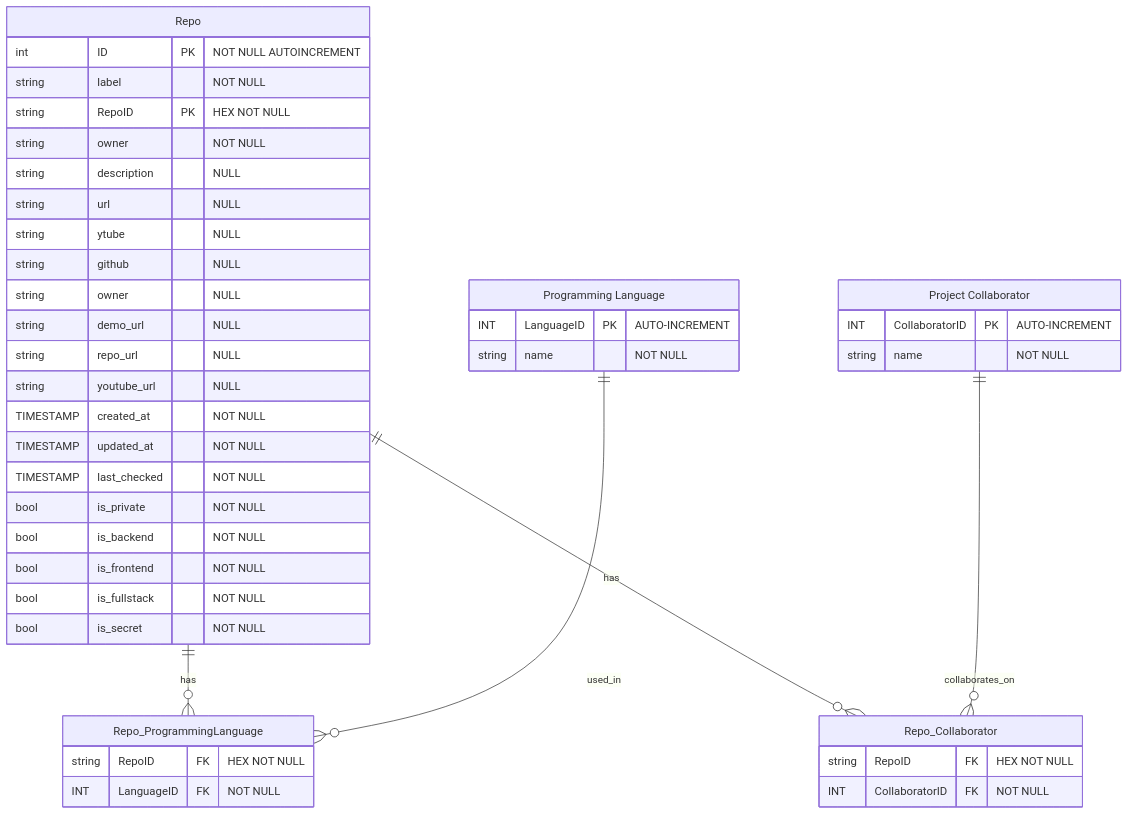
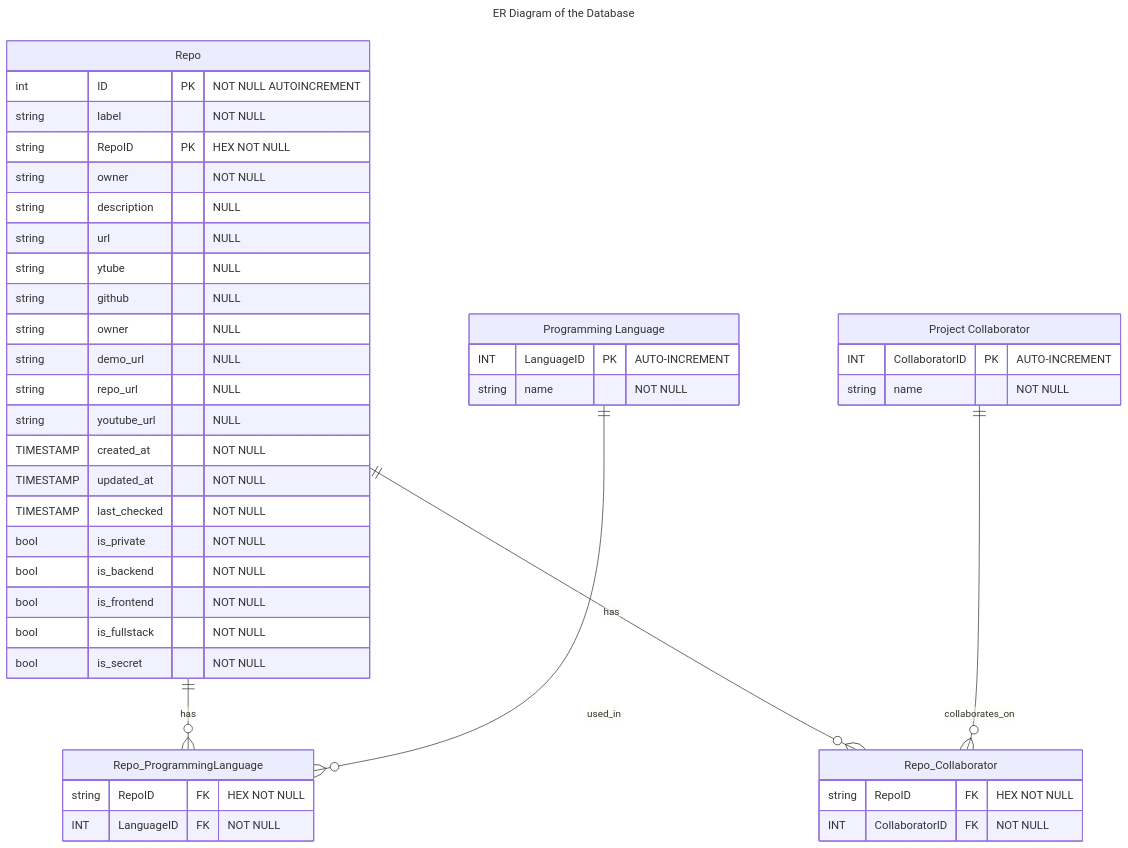
One commit to NexusWeave/webapp-Portfolio changed the diagram in backend/lib/services/github/docs/github-erDiagram.md. Above: the diagram before and after it, drawn with Mermaid. The commit also changed 1 other file, not shown here.

Commit message:
docs: Update diagrams

````diff
--- a/backend/lib/services/github/docs/github-erDiagram.md
+++ b/backend/lib/services/github/docs/github-erDiagram.md
@@ -2,55 +2,57 @@
 ```mermaid
+---
+title: ER Diagram of the Database
+---
 erDiagram
-
     Repo ||--o{ Repo_ProgrammingLanguage : has
     "Programming Language" ||--o{ Repo_ProgrammingLanguage : used_in
     Repo ||--o{ Repo_Collaborator : has
     "Project Collaborator" ||--o{ Repo_Collaborator : collaborates_on
 
     Repo {
         int ID PK "NOT NULL AUTOINCREMENT"
         string label "NOT NULL"
         string RepoID PK "HEX NOT NULL"
         string owner "NOT NULL"
         string description "NULL"
         string url "NULL"
         string ytube "NULL"
         string github "NULL"
         string owner "NULL"
         string demo_url "NULL"
         string repo_url "NULL"
         string youtube_url "NULL"
         TIMESTAMP created_at "NOT NULL"
         TIMESTAMP updated_at "NOT NULL"
         TIMESTAMP last_checked "NOT NULL"
 
 
         bool is_private "NOT NULL"
         bool is_backend "NOT NULL"
         bool is_frontend "NOT NULL"
         bool is_fullstack "NOT NULL"
         bool is_secret "NOT NULL"
 
     }
 
     "Programming Language" {
         INT LanguageID PK "AUTO-INCREMENT"
         string name "NOT NULL"
     }
 
     "Project Collaborator" {
         INT CollaboratorID PK "AUTO-INCREMENT"
         string name "NOT NULL"
     }
 
     %% Linking Tables for Many-to-Many Relationships
     "Repo_ProgrammingLanguage" {
         string RepoID FK "HEX NOT NULL"
         INT LanguageID FK "NOT NULL"
     }
 
     "Repo_Collaborator" {
         string RepoID FK "HEX NOT NULL"
         INT CollaboratorID FK "NOT NULL"
     }
 ```
````
